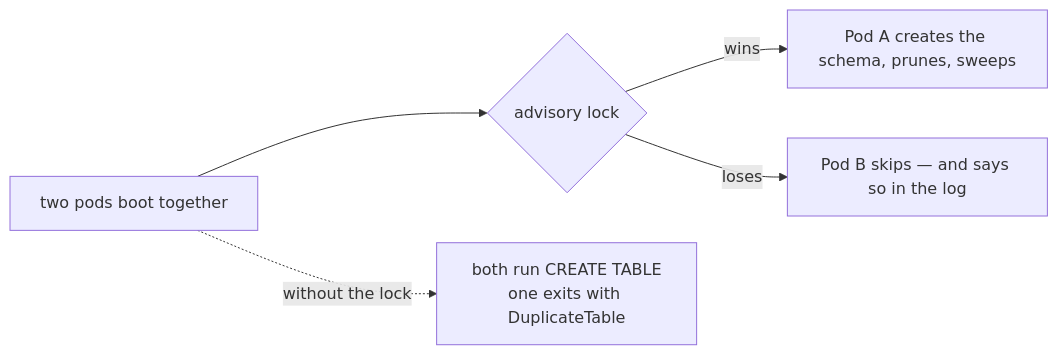
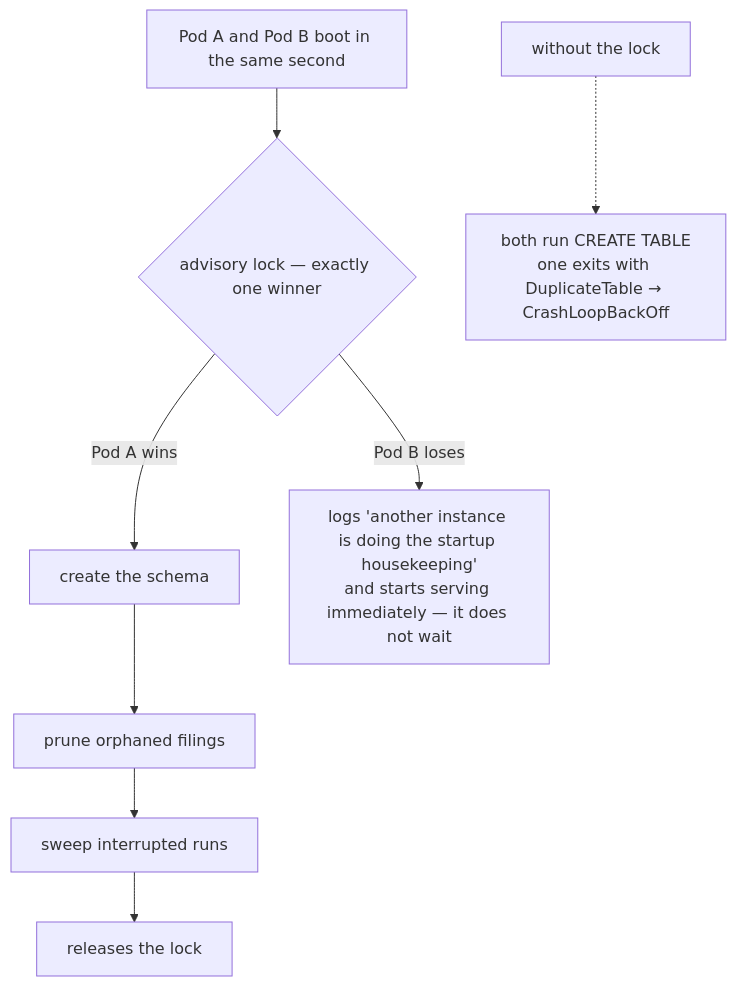
Before and after one commit to selvakumarperumal/Corporate_Filing_Analyzer_Agent: diagram 14 of 17 in docs/TESTING-SCALING.md, drawn with Mermaid. The commit also changed other lines of this file, not shown here.

Commit message:
docs: enrich scaling test breakdowns with detailed sequence flows, SQL examples, and negative test rigs

````diff
--- a/docs/TESTING-SCALING.md
+++ b/docs/TESTING-SCALING.md
@@ -448,7 +806,10 @@
 ```mermaid
-flowchart LR
-  S["two pods boot together"] --> L{"advisory lock"}
-  L -->|"wins"| A["Pod A creates the schema, prunes, sweeps"]
-  L -->|"loses"| B["Pod B skips — and says so in the log"]
-  S -.->|"without the lock"| C["both run CREATE TABLE<br/>one exits with DuplicateTable"]
+flowchart TB
+  S["Pod A and Pod B boot in the same second"] --> L{"advisory lock — exactly one winner"}
+  L -->|"Pod A wins"| W1["create the schema"]
+  W1 --> W2["prune orphaned filings"]
+  W2 --> W3["sweep interrupted runs"]
+  W3 --> R["releases the lock"]
+  L -->|"Pod B loses"| SK["logs 'another instance is doing the startup housekeeping'<br/>and starts serving immediately — it does not wait"]
+  NL["without the lock"] -.-> XX["both run CREATE TABLE<br/>one exits with DuplicateTable → CrashLoopBackOff"]
 ```
````
